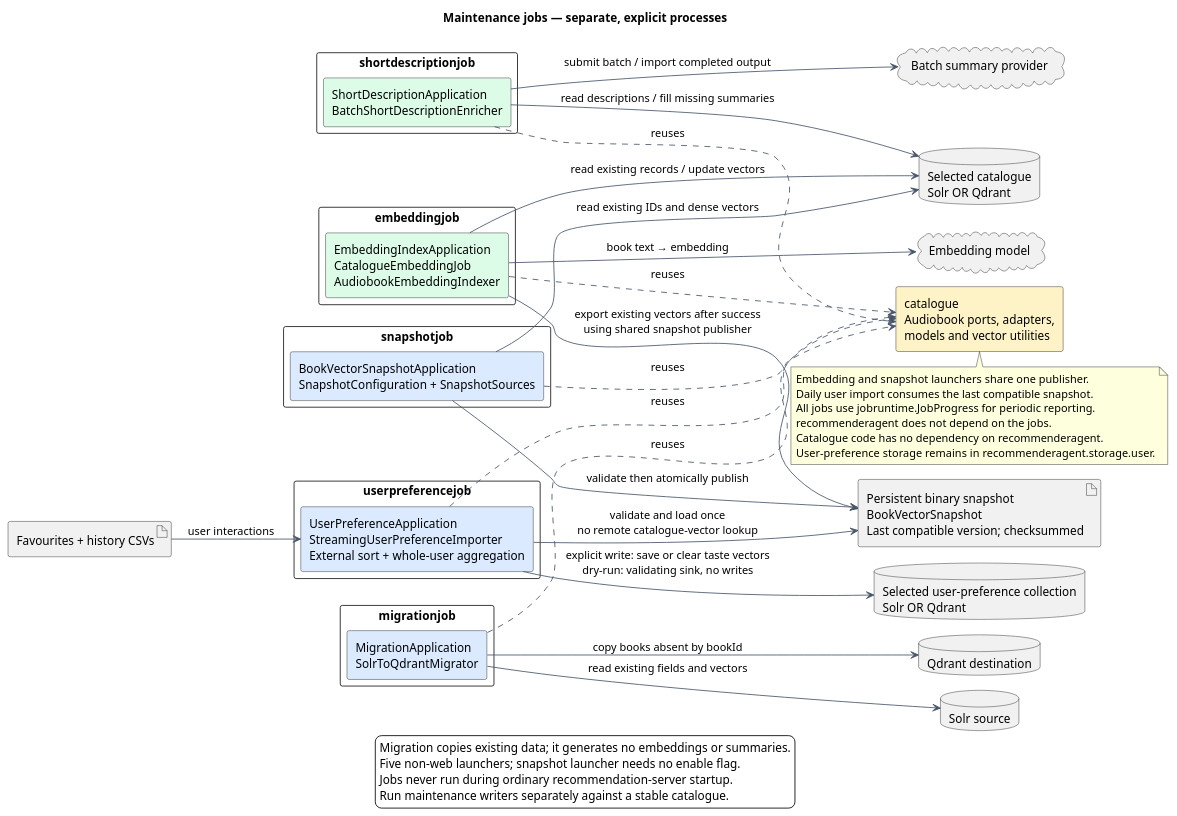
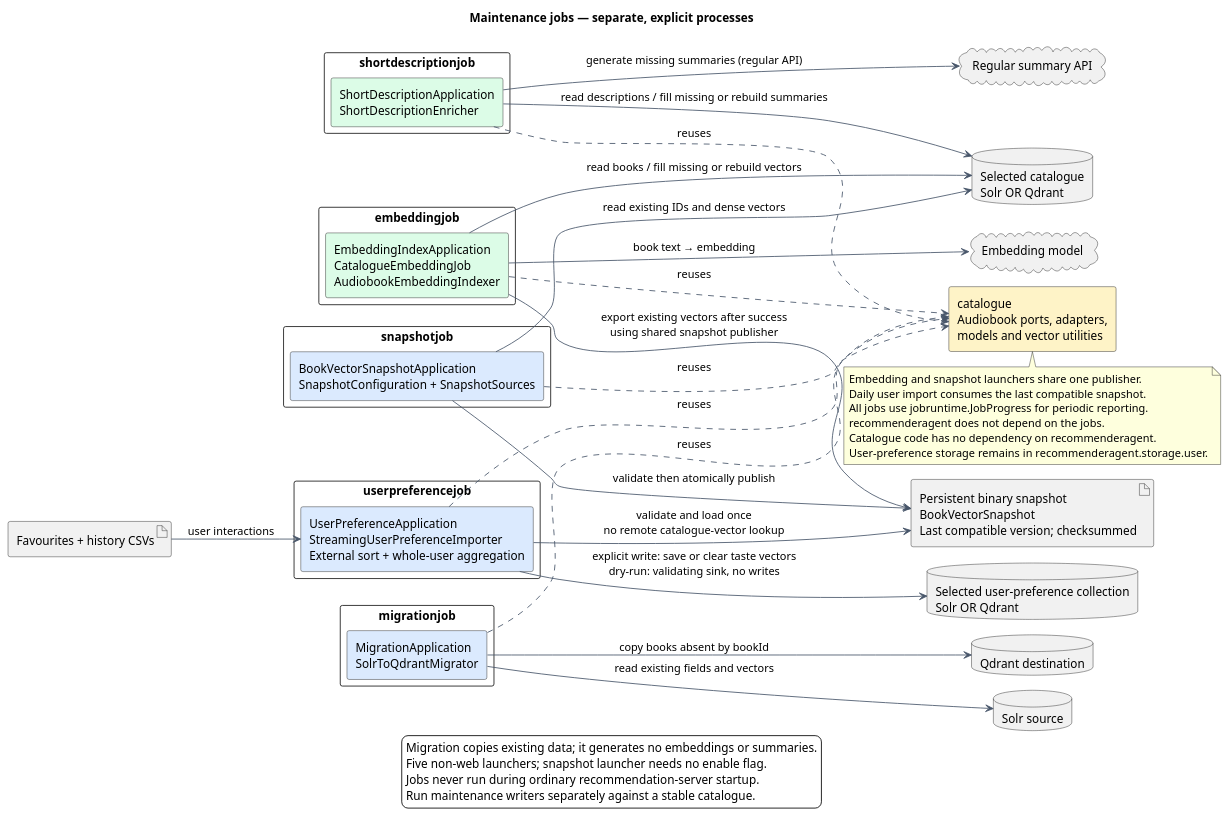
The diagram in docs/diagrams/maintenance-jobs.puml (Juliu9/IT-Project), drawn with PlantUML before and after one commit. The commit also changed 57 other files, not shown here.

```diff
--- a/docs/diagrams/maintenance-jobs.puml
+++ b/docs/diagrams/maintenance-jobs.puml
@@ -1,70 +1,70 @@
 @startuml
 !pragma layout smetana
 title Maintenance jobs — separate, explicit processes
 left to right direction
 skinparam backgroundColor #FFFFFF
 skinparam shadowing false
 skinparam componentStyle rectangle
 skinparam packageStyle rectangle
 skinparam defaultFontName SansSerif
 skinparam ArrowColor #475569
 
 package "embeddingjob" {
   component "EmbeddingIndexApplication\nCatalogueEmbeddingJob\nAudiobookEmbeddingIndexer" as Embedding #DCFCE7
 }
 package "shortdescriptionjob" {
-  component "ShortDescriptionApplication\nBatchShortDescriptionEnricher" as Summary #DCFCE7
+  component "ShortDescriptionApplication\nShortDescriptionEnricher" as Summary #DCFCE7
 }
 package "migrationjob" {
   component "MigrationApplication\nSolrToQdrantMigrator" as Migration #DBEAFE
 }
 package "userpreferencejob" {
   component "UserPreferenceApplication\nStreamingUserPreferenceImporter\nExternal sort + whole-user aggregation" as Preferences #DBEAFE
 }
 package "snapshotjob" {
   component "BookVectorSnapshotApplication\nSnapshotConfiguration + SnapshotSources" as Snapshot #DBEAFE
 }
 component "catalogue\nAudiobook ports, adapters,\nmodels and vector utilities" as Shared #FEF3C7
 database "Selected catalogue\nSolr OR Qdrant" as Catalogue
 database "Solr source" as SolrSource
 database "Qdrant destination" as QdrantTarget
 database "Selected user-preference collection\nSolr OR Qdrant" as UserStore
 artifact "Persistent binary snapshot\nBookVectorSnapshot\nLast compatible version; checksummed" as LocalSnapshot
 artifact "Favourites + history CSVs" as CSV
 cloud "Embedding model" as EmbeddingModel
-cloud "Batch summary provider" as SummaryModel
+cloud "Regular summary API" as SummaryModel
 
 Embedding ..> Shared : reuses
 Summary ..> Shared : reuses
 Migration ..> Shared : reuses
 Preferences ..> Shared : reuses
 Snapshot ..> Shared : reuses
 
-Embedding --> Catalogue : read existing records / update vectors
+Embedding --> Catalogue : read books / fill missing or rebuild vectors
 Embedding --> EmbeddingModel : book text → embedding
 Embedding --> LocalSnapshot : export existing vectors after success\nusing shared snapshot publisher
 Snapshot --> Catalogue : read existing IDs and dense vectors
 Snapshot --> LocalSnapshot : validate then atomically publish
-Summary --> Catalogue : read descriptions / fill missing summaries
-Summary --> SummaryModel : submit batch / import completed output
+Summary --> Catalogue : read descriptions / fill missing or rebuild summaries
+Summary --> SummaryModel : generate missing summaries (regular API)
 Migration --> SolrSource : read existing fields and vectors
 Migration --> QdrantTarget : copy books absent by bookId
 CSV --> Preferences : user interactions
 Preferences --> LocalSnapshot : validate and load once\nno remote catalogue-vector lookup
 Preferences --> UserStore : explicit write: save or clear taste vectors\ndry-run: validating sink, no writes
 
 note bottom of Shared
   Embedding and snapshot launchers share one publisher.
   Daily user import consumes the last compatible snapshot.
   All jobs use jobruntime.JobProgress for periodic reporting.
   recommenderagent does not depend on the jobs.
   Catalogue code has no dependency on recommenderagent.
   User-preference storage remains in recommenderagent.storage.user.
 end note
 legend bottom
   Migration copies existing data; it generates no embeddings or summaries.
   Five non-web launchers; snapshot launcher needs no enable flag.
   Jobs never run during ordinary recommendation-server startup.
   Run maintenance writers separately against a stable catalogue.
 endlegend
 @enduml
```
